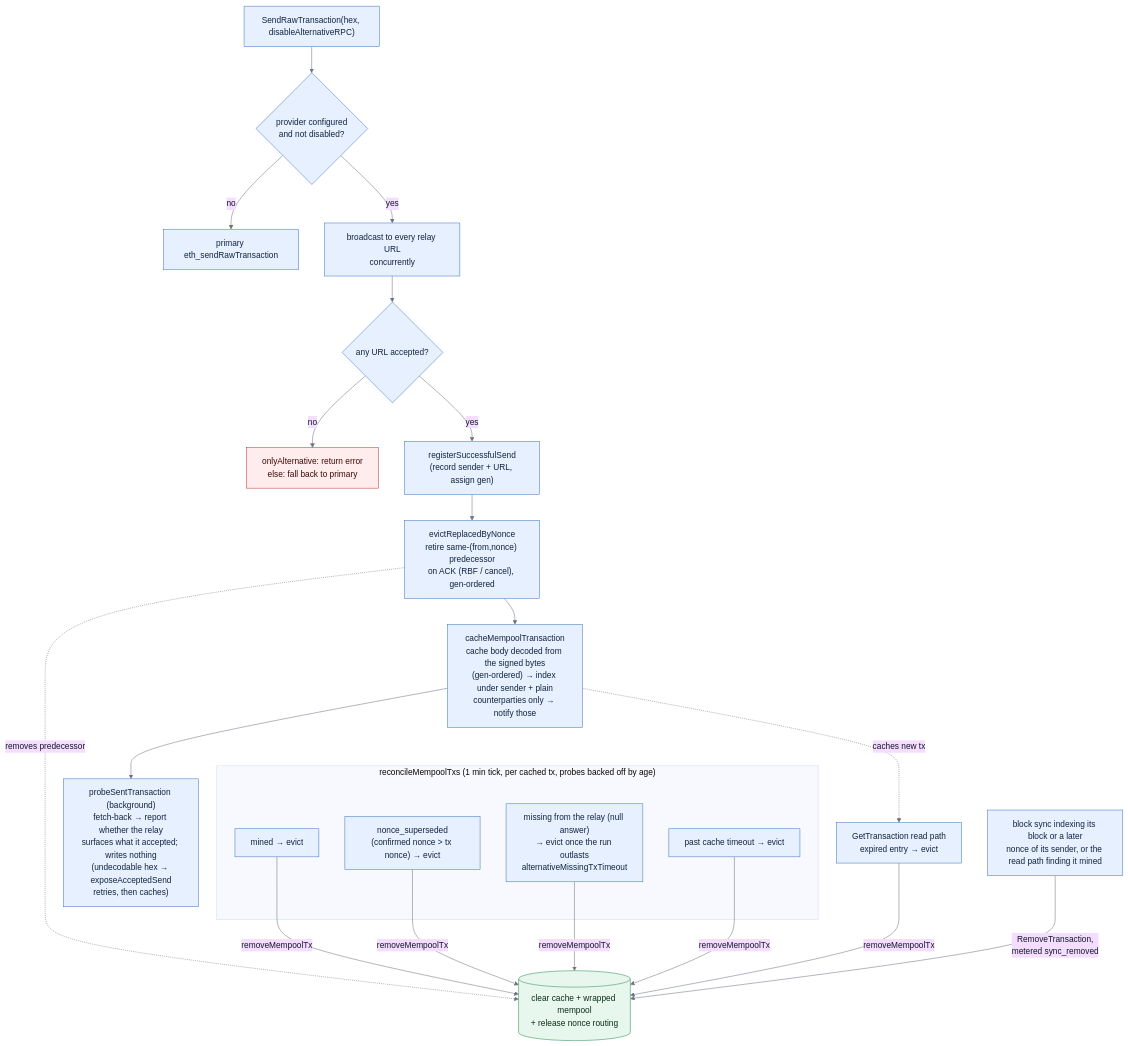
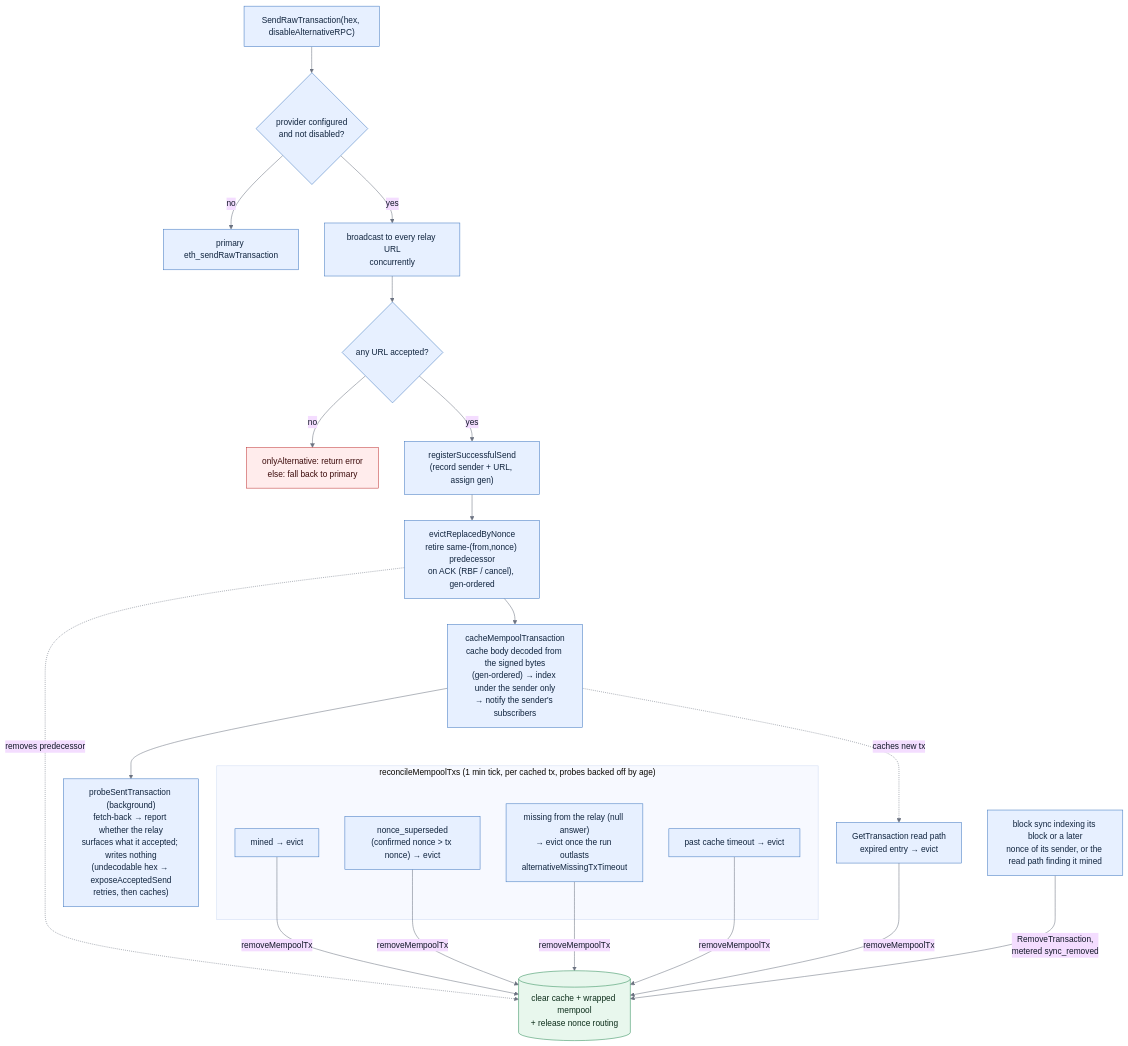
Before and after one commit to trezor/blockbook: the diagram in docs/evm-send.md, drawn with Mermaid. The commit also changed other lines of this file and 4 other files, not shown here.

First line of the commit message:
fix(eth): index a private relay send under its sender only

````diff
--- a/docs/evm-send.md
+++ b/docs/evm-send.md
@@ -19,46 +19,46 @@
 ```mermaid
 %%{init: {"theme": "base", "themeVariables": {"lineColor": "#6b7280", "primaryTextColor": "#111827"}}}%%
 flowchart TD
     send["SendRawTransaction(hex, disableAlternativeRPC)"]
     route{"provider configured<br/>and not disabled?"}
     primary["primary eth_sendRawTransaction"]
     relay["broadcast to every relay URL<br/>concurrently"]
     acc{"any URL accepted?"}
     reject["onlyAlternative: return error<br/>else: fall back to primary"]
     reg["registerSuccessfulSend<br/>(record sender + URL, assign gen)"]
     evict["evictReplacedByNonce<br/>retire same-(from,nonce) predecessor<br/>on ACK (RBF / cancel), gen-ordered"]
-    cache["cacheMempoolTransaction<br/>cache body decoded from the signed bytes<br/>(gen-ordered) → index under sender + plain<br/>counterparties only → notify those"]
+    cache["cacheMempoolTransaction<br/>cache body decoded from the signed bytes<br/>(gen-ordered) → index under the sender only<br/>→ notify the sender's subscribers"]
     handle["probeSentTransaction (background)<br/>fetch-back → report whether the relay<br/>surfaces what it accepted; writes nothing<br/>(undecodable hex → exposeAcceptedSend<br/>retries, then caches)"]
 
     subgraph rec ["reconcileMempoolTxs (1 min tick, per cached tx, probes backed off by age)"]
         mined["mined → evict"]
         super["nonce_superseded<br/>(confirmed nonce > tx nonce) → evict"]
         miss["missing from the relay (null answer)<br/>→ evict once the run outlasts<br/>alternativeMissingTxTimeout"]
         to["past cache timeout → evict"]
     end
 
     readpath["GetTransaction read path<br/>expired entry → evict"]
     syncrm["block sync indexing its block or a later<br/>nonce of its sender, or the read path finding it mined"]
     remove[("clear cache + wrapped mempool<br/>+ release nonce routing")]
 
     send --> route
     route -- "no" --> primary
     route -- "yes" --> relay --> acc
     acc -- "no" --> reject
     acc -- "yes" --> reg --> evict --> cache --> handle
     evict -. removes predecessor .-> remove
     cache -. caches new tx .-> readpath
     mined -- "removeMempoolTx" --> remove
     super -- "removeMempoolTx" --> remove
     miss -- "removeMempoolTx" --> remove
     to -- "removeMempoolTx" --> remove
     readpath -- "removeMempoolTx" --> remove
     syncrm -- "RemoveTransaction,<br/>metered sync_removed" --> remove
 
     classDef normal fill:#e7f0ff,stroke:#4078c0,color:#10243e;
     classDef store fill:#e8f7ed,stroke:#2e8b57,color:#0b2c19;
     classDef error fill:#ffecec,stroke:#c03535,color:#3b0a0a;
     class send,route,relay,acc,reg,evict,cache,handle,mined,super,miss,to,readpath,syncrm,primary normal;
     class remove store;
     class reject error;
 ```
````
